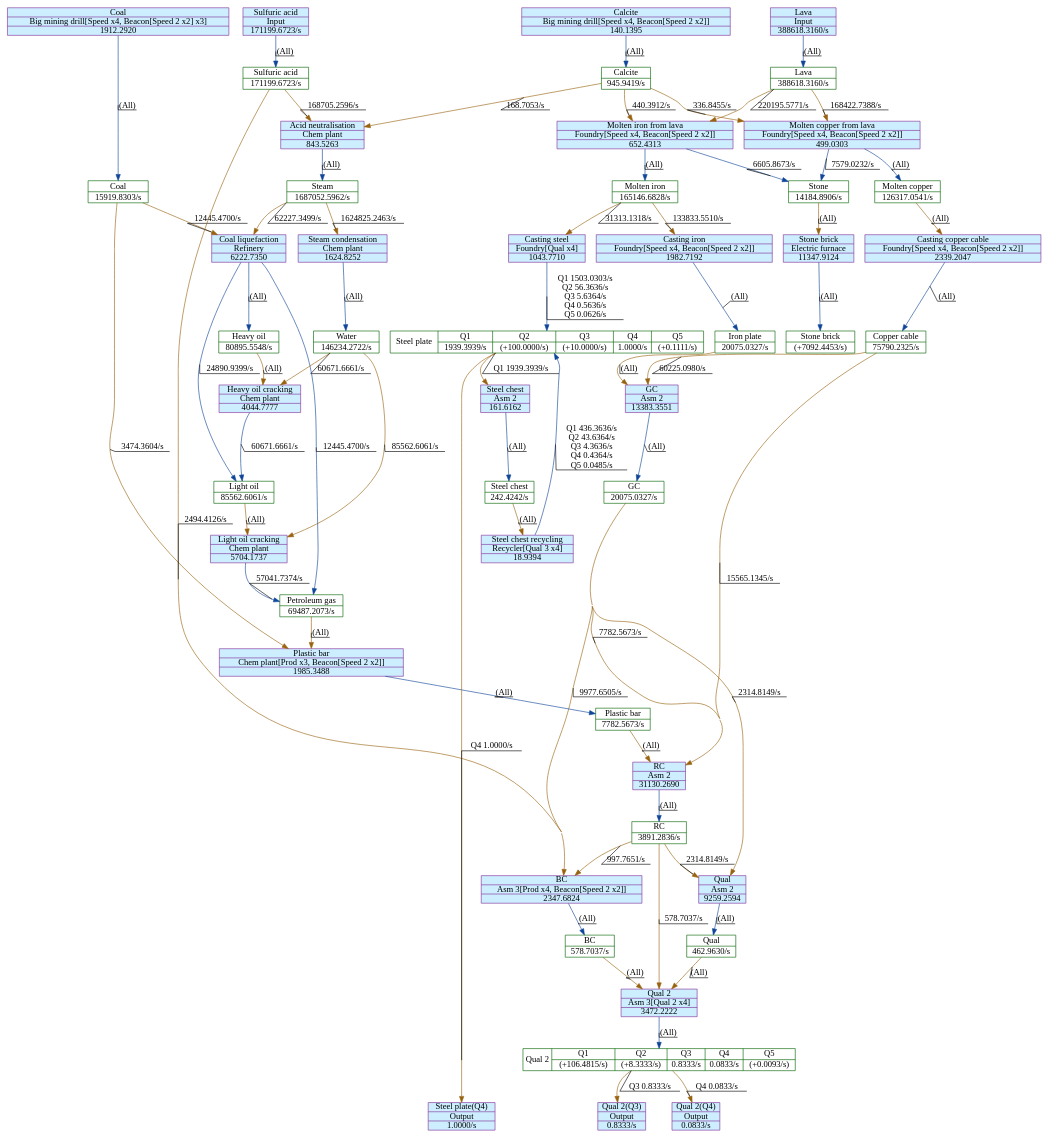
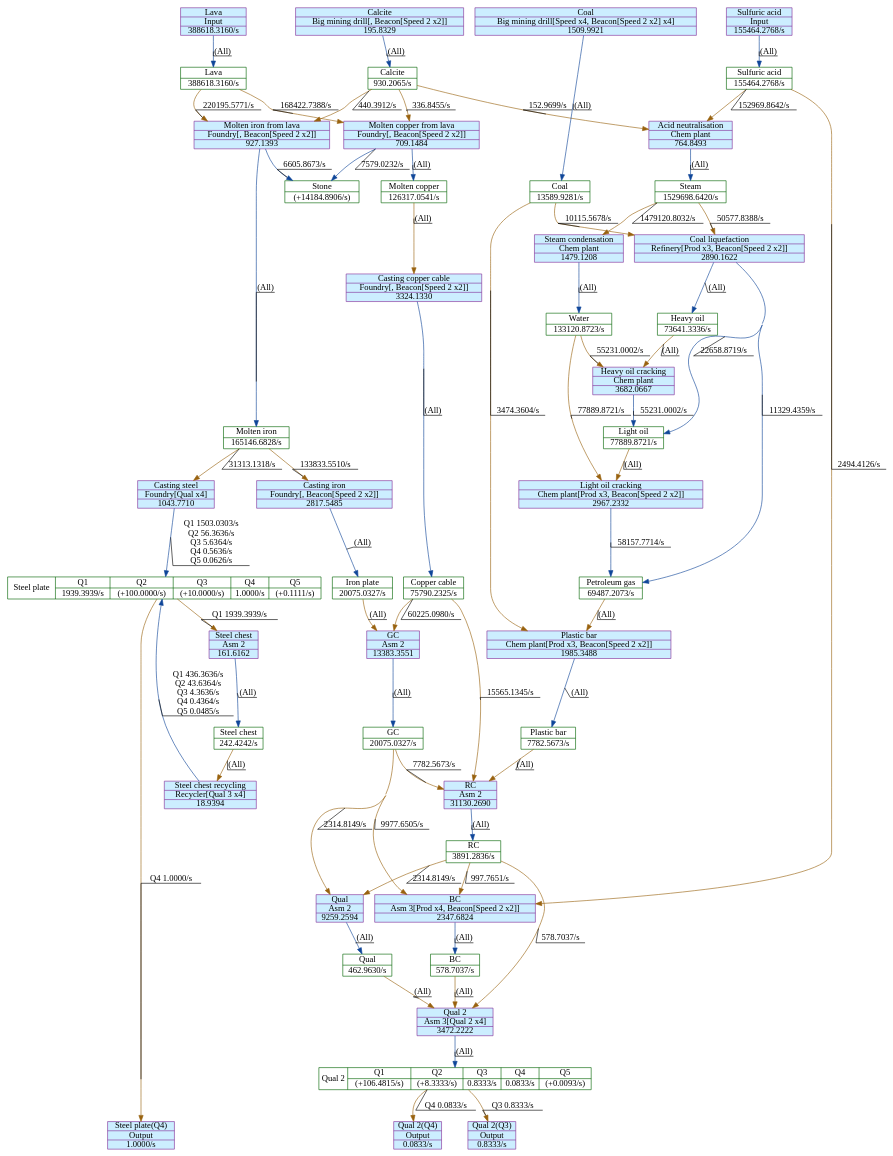
Before and after one commit to GlassBricks/factorio-analysis: the diagram in output/module2.dot, drawn with Graphviz. The commit also changed 27 other files, not shown here.

```diff
--- a/output/module2.dot
+++ b/output/module2.dot
@@ -3,173 +3,169 @@
     concentrate=true
     node [shape="record"; margin=0]
     edge [decorate=true]
-    0 [color="#006400"; label="{GC|20075.0327/s}"]
-    1 [color="#006400"; label="{Copper cable|75790.2325/s}"]
-    2 [color="#006400"; label="{Iron plate|20075.0327/s}"]
-    3 [color="#006400"; label="{Molten iron|165146.6828/s}"]
-    4 [color="#006400"; label="{Petroleum gas|69487.2073/s}"]
-    5 [color="#006400"; label="{Steam|1687052.5962/s}"]
-    6 [color="#006400"; label="{Coal|15919.8303/s}"]
-    7 [color="#006400"; label="{Light oil|85562.6061/s}"]
-    8 [color="#006400"; label="{Heavy oil|80895.5548/s}"]
-    9 [color="#006400"; label="{Plastic bar|7782.5673/s}"]
+    0 [color="#006400"; label="{Water|133120.8723/s}"]
+    1 [color="#006400"; label="{Steam|1529698.6420/s}"]
+    2 [color="#006400"; label="{Coal|13589.9281/s}"]
+    3 [color="#006400"; label="{Copper cable|75790.2325/s}"]
+    4 [color="#006400"; label="{GC|20075.0327/s}"]
+    5 [color="#006400"; label="{Iron plate|20075.0327/s}"]
+    6 [color="#006400"; label="{Light oil|77889.8721/s}"]
+    7 [color="#006400"; label="{Petroleum gas|69487.2073/s}"]
+    8 [color="#006400"; label="{Plastic bar|7782.5673/s}"]
+    9 [color="#006400"; label="{Steel chest|242.4242/s}"]
     10 [color="#006400"; label="{Lava|388618.3160/s}"]
-    11 [color="#006400"; label="{Steel chest|242.4242/s}"]
-    12 [color="#006400"; label="{Calcite|945.9419/s}"]
-    13 [color="#006400"; label="{RC|3891.2836/s}"]
-    14 [color="#006400"; label="{Water|146234.2722/s}"]
-    15 [color="#006400"; label="{BC|578.7037/s}"]
-    16 [color="#006400"; label="{Sulfuric acid|171199.6723/s}"]
-    17 [color="#006400"; label="{Qual|462.9630/s}"]
-    18 [color="#006400"; label="{Molten copper|126317.0541/s}"]
-    19 [color="#006400"; label="{Stone|14184.8906/s}"]
-    20 [color="#006400"; label="{Stone brick|(+7092.4453/s)}"]
-    21 [style="filled"; color="#842e99"; fillcolor="#cceeff"; label="{GC|Asm 2|13383.3551}"]
-    22 [style="filled"; color="#842e99"; fillcolor="#cceeff"; label="{Casting iron|Foundry[Speed x4, Beacon[Speed 2 x2]]|1982.7192}"]
-    23 [style="filled"; color="#842e99"; fillcolor="#cceeff"; label="{Coal liquefaction|Refinery|6222.7350}"]
-    24 [style="filled"; color="#842e99"; fillcolor="#cceeff"; label="{Plastic bar|Chem plant[Prod x3, Beacon[Speed 2 x2]]|1985.3488}"]
-    25 [style="filled"; color="#842e99"; fillcolor="#cceeff"; label="{Lava|Input|388618.3160/s}"]
-    26 [style="filled"; color="#842e99"; fillcolor="#cceeff"; label="{Qual 2(Q4)|Output|0.0833/s}"]
+    11 [color="#006400"; label="{Molten iron|165146.6828/s}"]
+    12 [color="#006400"; label="{Calcite|930.2065/s}"]
+    13 [color="#006400"; label="{Stone|(+14184.8906/s)}"]
+    14 [color="#006400"; label="{Heavy oil|73641.3336/s}"]
+    15 [color="#006400"; label="{Sulfuric acid|155464.2768/s}"]
+    16 [color="#006400"; label="{RC|3891.2836/s}"]
+    17 [color="#006400"; label="{BC|578.7037/s}"]
+    18 [color="#006400"; label="{Qual|462.9630/s}"]
+    19 [color="#006400"; label="{Molten copper|126317.0541/s}"]
+    20 [style="filled"; color="#842e99"; fillcolor="#cceeff"; label="{Qual 2(Q4)|Output|0.0833/s}"]
+    21 [style="filled"; color="#842e99"; fillcolor="#cceeff"; label="{Steam condensation|Chem plant|1479.1208}"]
+    22 [style="filled"; color="#842e99"; fillcolor="#cceeff"; label="{Qual 2(Q3)|Output|0.8333/s}"]
+    23 [style="filled"; color="#842e99"; fillcolor="#cceeff"; label="{Coal|Big mining drill[Speed x4, Beacon[Speed 2 x2] x4]|1509.9921}"]
+    24 [style="filled"; color="#842e99"; fillcolor="#cceeff"; label="{GC|Asm 2|13383.3551}"]
+    25 [style="filled"; color="#842e99"; fillcolor="#cceeff"; label="{Light oil cracking|Chem plant[Prod x3, Beacon[Speed 2 x2]]|2967.2332}"]
+    26 [style="filled"; color="#842e99"; fillcolor="#cceeff"; label="{Plastic bar|Chem plant[Prod x3, Beacon[Speed 2 x2]]|1985.3488}"]
     27 [style="filled"; color="#842e99"; fillcolor="#cceeff"; label="{Steel chest recycling|Recycler[Qual 3 x4]|18.9394}"]
-    28 [style="filled"; color="#842e99"; fillcolor="#cceeff"; label="{Calcite|Big mining drill[Speed x4, Beacon[Speed 2 x2]]|140.1395}"]
-    29 [style="filled"; color="#842e99"; fillcolor="#cceeff"; label="{RC|Asm 2|31130.2690}"]
-    30 [style="filled"; color="#842e99"; fillcolor="#cceeff"; label="{Steam condensation|Chem plant|1624.8252}"]
+    28 [style="filled"; color="#842e99"; fillcolor="#cceeff"; label="{Molten iron from lava|Foundry[, Beacon[Speed 2 x2]]|927.1393}"]
+    29 [style="filled"; color="#842e99"; fillcolor="#cceeff"; label="{Lava|Input|388618.3160/s}"]
+    30 [style="filled"; color="#842e99"; fillcolor="#cceeff"; label="{Coal liquefaction|Refinery[Prod x3, Beacon[Speed 2 x2]]|2890.1622}"]
     31 [style="filled"; color="#842e99"; fillcolor="#cceeff"; label="{BC|Asm 3[Prod x4, Beacon[Speed 2 x2]]|2347.6824}"]
     32 [style="filled"; color="#842e99"; fillcolor="#cceeff"; label="{Qual 2|Asm 3[Qual 2 x4]|3472.2222}"]
-    33 [style="filled"; color="#842e99"; fillcolor="#cceeff"; label="{Qual|Asm 2|9259.2594}"]
-    34 [style="filled"; color="#842e99"; fillcolor="#cceeff"; label="{Casting copper cable|Foundry[Speed x4, Beacon[Speed 2 x2]]|2339.2047}"]
-    35 [style="filled"; color="#842e99"; fillcolor="#cceeff"; label="{Steel plate(Q4)|Output|1.0000/s}"]
-    36 [style="filled"; color="#842e99"; fillcolor="#cceeff"; label="{Coal|Big mining drill[Speed x4, Beacon[Speed 2 x2] x3]|1912.2920}"]
+    33 [style="filled"; color="#842e99"; fillcolor="#cceeff"; label="{Heavy oil cracking|Chem plant|3682.0667}"]
+    34 [style="filled"; color="#842e99"; fillcolor="#cceeff"; label="{Calcite|Big mining drill[, Beacon[Speed 2 x2]]|195.8329}"]
+    35 [style="filled"; color="#842e99"; fillcolor="#cceeff"; label="{Sulfuric acid|Input|155464.2768/s}"]
+    36 [style="filled"; color="#842e99"; fillcolor="#cceeff"; label="{Steel plate(Q4)|Output|1.0000/s}"]
     37 [style="filled"; color="#842e99"; fillcolor="#cceeff"; label="{Casting steel|Foundry[Qual x4]|1043.7710}"]
-    38 [style="filled"; color="#842e99"; fillcolor="#cceeff"; label="{Qual 2(Q3)|Output|0.8333/s}"]
-    39 [style="filled"; color="#842e99"; fillcolor="#cceeff"; label="{Steel chest|Asm 2|161.6162}"]
-    40 [style="filled"; color="#842e99"; fillcolor="#cceeff"; label="{Heavy oil cracking|Chem plant|4044.7777}"]
-    41 [style="filled"; color="#842e99"; fillcolor="#cceeff"; label="{Acid neutralisation|Chem plant|843.5263}"]
-    42 [style="filled"; color="#842e99"; fillcolor="#cceeff"; label="{Light oil cracking|Chem plant|5704.1737}"]
-    43 [style="filled"; color="#842e99"; fillcolor="#cceeff"; label="{Molten iron from lava|Foundry[Speed x4, Beacon[Speed 2 x2]]|652.4313}"]
-    44 [style="filled"; color="#842e99"; fillcolor="#cceeff"; label="{Sulfuric acid|Input|171199.6723/s}"]
-    45 [style="filled"; color="#842e99"; fillcolor="#cceeff"; label="{Stone brick|Electric furnace|11347.9124}"]
-    46 [style="filled"; color="#842e99"; fillcolor="#cceeff"; label="{Molten copper from lava|Foundry[Speed x4, Beacon[Speed 2 x2]]|499.0303}"]
-    47 [color="#006400"; label="{Qual 2}|{Q1|(+106.4815/s)}|{Q2|(+8.3333/s)}|{Q3|0.8333/s}|{Q4|0.0833/s}|{Q5|(+0.0093/s)}"]
-    48 [color="#006400"; label="{Steel plate}|{Q1|1939.3939/s}|{Q2|(+100.0000/s)}|{Q3|(+10.0000/s)}|{Q4|1.0000/s}|{Q5|(+0.1111/s)}"]
-    0 -> 29 [color="#99620f"; label="7782.5673/s
+    38 [style="filled"; color="#842e99"; fillcolor="#cceeff"; label="{Qual|Asm 2|9259.2594}"]
+    39 [style="filled"; color="#842e99"; fillcolor="#cceeff"; label="{Casting copper cable|Foundry[, Beacon[Speed 2 x2]]|3324.1330}"]
+    40 [style="filled"; color="#842e99"; fillcolor="#cceeff"; label="{Molten copper from lava|Foundry[, Beacon[Speed 2 x2]]|709.1484}"]
+    41 [style="filled"; color="#842e99"; fillcolor="#cceeff"; label="{Steel chest|Asm 2|161.6162}"]
+    42 [style="filled"; color="#842e99"; fillcolor="#cceeff"; label="{RC|Asm 2|31130.2690}"]
+    43 [style="filled"; color="#842e99"; fillcolor="#cceeff"; label="{Casting iron|Foundry[, Beacon[Speed 2 x2]]|2817.5485}"]
+    44 [style="filled"; color="#842e99"; fillcolor="#cceeff"; label="{Acid neutralisation|Chem plant|764.8493}"]
+    45 [color="#006400"; label="{Qual 2}|{Q1|(+106.4815/s)}|{Q2|(+8.3333/s)}|{Q3|0.8333/s}|{Q4|0.0833/s}|{Q5|(+0.0093/s)}"]
+    46 [color="#006400"; label="{Steel plate}|{Q1|1939.3939/s}|{Q2|(+100.0000/s)}|{Q3|(+10.0000/s)}|{Q4|1.0000/s}|{Q5|(+0.1111/s)}"]
+    0 -> 25 [color="#99620f"; label="77889.8721/s
 "]
-    0 -> 31 [color="#99620f"; label="9977.6505/s
+    0 -> 33 [color="#99620f"; label="55231.0002/s
 "]
-    0 -> 33 [color="#99620f"; label="2314.8149/s
+    1 -> 21 [color="#99620f"; label="1479120.8032/s
 "]
-    1 -> 21 [color="#99620f"; label="60225.0980/s
+    1 -> 30 [color="#99620f"; label="50577.8388/s
 "]
-    1 -> 29 [color="#99620f"; label="15565.1345/s
+    2 -> 26 [color="#99620f"; label="3474.3604/s
 "]
-    2 -> 21 [color="#99620f"; label="(All)"]
-    3 -> 22 [color="#99620f"; label="133833.5510/s
+    2 -> 30 [color="#99620f"; label="10115.5678/s
 "]
-    3 -> 37 [color="#99620f"; label="31313.1318/s
+    3 -> 24 [color="#99620f"; label="60225.0980/s
 "]
-    4 -> 24 [color="#99620f"; label="(All)"]
-    5 -> 23 [color="#99620f"; label="62227.3499/s
+    3 -> 42 [color="#99620f"; label="15565.1345/s
 "]
-    5 -> 30 [color="#99620f"; label="1624825.2463/s
+    4 -> 31 [color="#99620f"; label="9977.6505/s
 "]
-    6 -> 23 [color="#99620f"; label="12445.4700/s
+    4 -> 38 [color="#99620f"; label="2314.8149/s
 "]
-    6 -> 24 [color="#99620f"; label="3474.3604/s
+    4 -> 42 [color="#99620f"; label="7782.5673/s
 "]
-    7 -> 42 [color="#99620f"; label="(All)"]
-    8 -> 40 [color="#99620f"; label="(All)"]
-    9 -> 29 [color="#99620f"; label="(All)"]
-    10 -> 43 [color="#99620f"; label="220195.5771/s
+    5 -> 24 [color="#99620f"; label="(All)"]
+    6 -> 25 [color="#99620f"; label="(All)"]
+    7 -> 26 [color="#99620f"; label="(All)"]
+    8 -> 42 [color="#99620f"; label="(All)"]
+    9 -> 27 [color="#99620f"; label="(All)"]
+    10 -> 28 [color="#99620f"; label="220195.5771/s
 "]
-    10 -> 46 [color="#99620f"; label="168422.7388/s
+    10 -> 40 [color="#99620f"; label="168422.7388/s
 "]
-    11 -> 27 [color="#99620f"; label="(All)"]
-    12 -> 41 [color="#99620f"; label="168.7053/s
+    11 -> 37 [color="#99620f"; label="31313.1318/s
 "]
-    12 -> 43 [color="#99620f"; label="440.3912/s
+    11 -> 43 [color="#99620f"; label="133833.5510/s
 "]
-    12 -> 46 [color="#99620f"; label="336.8455/s
+    12 -> 28 [color="#99620f"; label="440.3912/s
 "]
-    13 -> 31 [color="#99620f"; label="997.7651/s
+    12 -> 40 [color="#99620f"; label="336.8455/s
 "]
-    13 -> 32 [color="#99620f"; label="578.7037/s
+    12 -> 44 [color="#99620f"; label="152.9699/s
 "]
-    13 -> 33 [color="#99620f"; label="2314.8149/s
+    14 -> 33 [color="#99620f"; label="(All)"]
+    15 -> 31 [color="#99620f"; label="2494.4126/s
 "]
-    14 -> 40 [color="#99620f"; label="60671.6661/s
+    15 -> 44 [color="#99620f"; label="152969.8642/s
 "]
-    14 -> 42 [color="#99620f"; label="85562.6061/s
+    16 -> 31 [color="#99620f"; label="997.7651/s
 "]
-    15 -> 32 [color="#99620f"; label="(All)"]
-    16 -> 31 [color="#99620f"; label="2494.4126/s
+    16 -> 32 [color="#99620f"; label="578.7037/s
 "]
-    16 -> 41 [color="#99620f"; label="168705.2596/s
+    16 -> 38 [color="#99620f"; label="2314.8149/s
 "]
     17 -> 32 [color="#99620f"; label="(All)"]
-    18 -> 34 [color="#99620f"; label="(All)"]
-    19 -> 45 [color="#99620f"; label="(All)"]
+    18 -> 32 [color="#99620f"; label="(All)"]
+    19 -> 39 [color="#99620f"; label="(All)"]
     21 -> 0 [color="#0f4699"; label="(All)"]
-    22 -> 2 [color="#0f4699"; label="(All)"]
-    23 -> 4 [color="#0f4699"; label="12445.4700/s
+    23 -> 2 [color="#0f4699"; label="(All)"]
+    24 -> 4 [color="#0f4699"; label="(All)"]
+    25 -> 7 [color="#0f4699"; label="58157.7714/s
 "]
-    23 -> 7 [color="#0f4699"; label="24890.9399/s
-"]
-    23 -> 8 [color="#0f4699"; label="(All)"]
-    24 -> 9 [color="#0f4699"; label="(All)"]
-    25 -> 10 [color="#0f4699"; label="(All)"]
-    27 -> 48 [color="#0f4699"; label="Q1	436.3636/s
+    26 -> 8 [color="#0f4699"; label="(All)"]
+    27 -> 46 [color="#0f4699"; label="Q1	436.3636/s
 Q2	43.6364/s
 Q3	4.3636/s
 Q4	0.4364/s
 Q5	0.0485/s
 "]
-    28 -> 12 [color="#0f4699"; label="(All)"]
-    29 -> 13 [color="#0f4699"; label="(All)"]
+    28 -> 11 [color="#0f4699"; label="(All)"]
+    28 -> 13 [color="#0f4699"; label="6605.8673/s
+"]
+    29 -> 10 [color="#0f4699"; label="(All)"]
     30 -> 14 [color="#0f4699"; label="(All)"]
-    31 -> 15 [color="#0f4699"; label="(All)"]
-    32 -> 47 [color="#0f4699"; label="(All)"]
-    33 -> 17 [color="#0f4699"; label="(All)"]
-    34 -> 1 [color="#0f4699"; label="(All)"]
-    36 -> 6 [color="#0f4699"; label="(All)"]
-    37 -> 48 [color="#0f4699"; label="Q1	1503.0303/s
+    30 -> 6 [color="#0f4699"; label="22658.8719/s
+"]
+    30 -> 7 [color="#0f4699"; label="11329.4359/s
+"]
+    31 -> 17 [color="#0f4699"; label="(All)"]
+    32 -> 45 [color="#0f4699"; label="(All)"]
+    33 -> 6 [color="#0f4699"; label="55231.0002/s
+"]
+    34 -> 12 [color="#0f4699"; label="(All)"]
+    35 -> 15 [color="#0f4699"; label="(All)"]
+    37 -> 46 [color="#0f4699"; label="Q1	1503.0303/s
 Q2	56.3636/s
 Q3	5.6364/s
 Q4	0.5636/s
 Q5	0.0626/s
 "]
-    39 -> 11 [color="#0f4699"; label="(All)"]
-    40 -> 7 [color="#0f4699"; label="60671.6661/s
+    38 -> 18 [color="#0f4699"; label="(All)"]
+    39 -> 3 [color="#0f4699"; label="(All)"]
+    40 -> 19 [color="#0f4699"; label="(All)"]
+    40 -> 13 [color="#0f4699"; label="7579.0232/s
 "]
-    41 -> 5 [color="#0f4699"; label="(All)"]
-    42 -> 4 [color="#0f4699"; label="57041.7374/s
+    41 -> 9 [color="#0f4699"; label="(All)"]
+    42 -> 16 [color="#0f4699"; label="(All)"]
+    43 -> 5 [color="#0f4699"; label="(All)"]
+    44 -> 1 [color="#0f4699"; label="(All)"]
+    45 -> 20 [color="#99620f"; label="Q4	0.0833/s
 "]
-    43 -> 19 [color="#0f4699"; label="6605.8673/s
+    45 -> 22 [color="#99620f"; label="Q3	0.8333/s
 "]
-    43 -> 3 [color="#0f4699"; label="(All)"]
-    44 -> 16 [color="#0f4699"; label="(All)"]
-    45 -> 20 [color="#0f4699"; label="(All)"]
-    46 -> 19 [color="#0f4699"; label="7579.0232/s
+    46 -> 41 [color="#99620f"; label="Q1	1939.3939/s
 "]
-    46 -> 18 [color="#0f4699"; label="(All)"]
-    47 -> 26 [color="#99620f"; label="Q4	0.0833/s
-"]
-    47 -> 38 [color="#99620f"; label="Q3	0.8333/s
-"]
-    48 -> 35 [color="#99620f"; label="Q4	1.0000/s
-"]
-    48 -> 39 [color="#99620f"; label="Q1	1939.3939/s
+    46 -> 36 [color="#99620f"; label="Q4	1.0000/s
 "]
     subgraph {
         rank="source"
-        25
-        28
-        36
-        44
+        23
+        29
+        34
+        35
     }
     subgraph {
         rank="sink"
-        26
-        35
-        38
+        20
+        22
+        36
     }
 }
```
